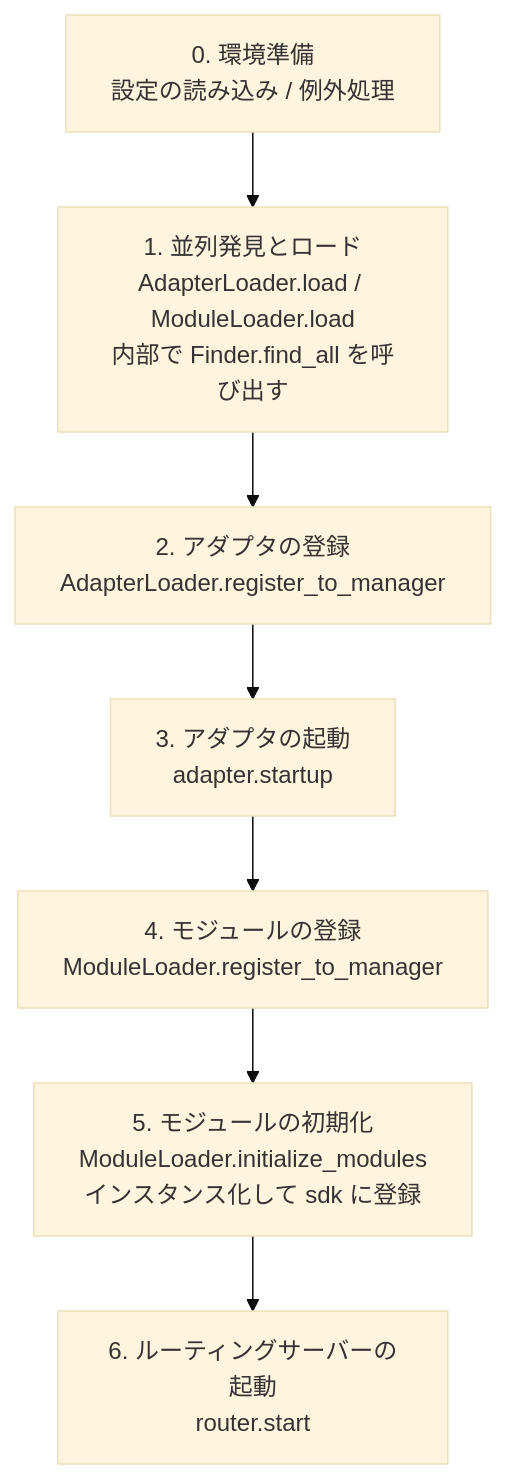
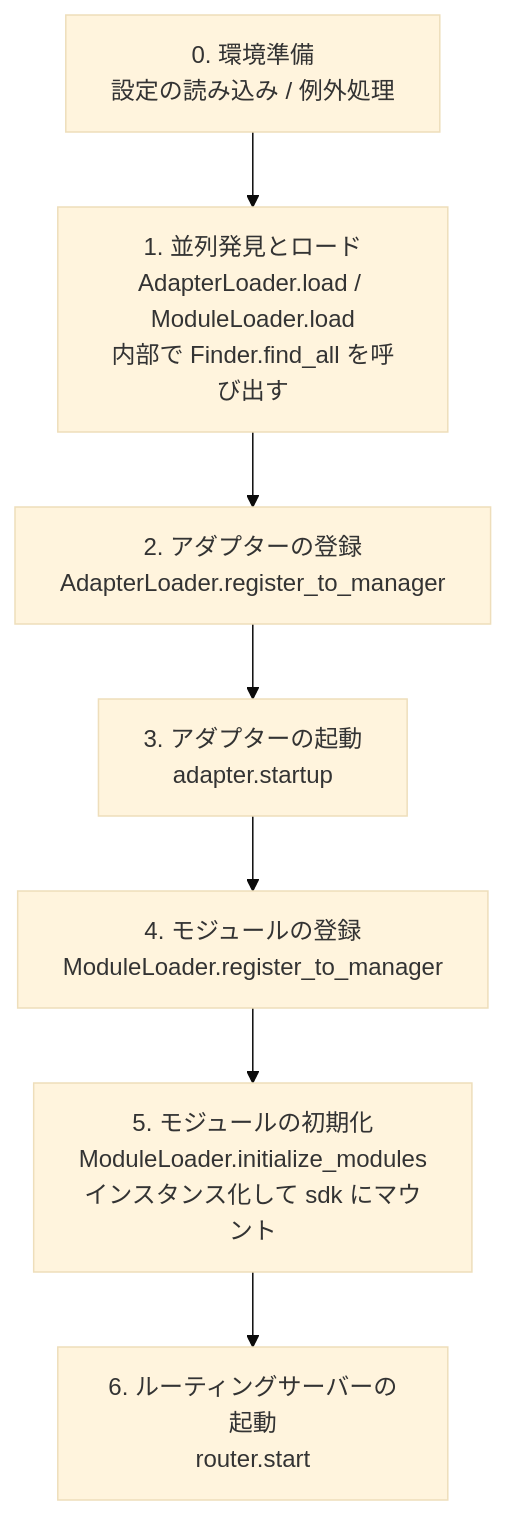
The diagram in docs/ja/advanced/startup.md (ErisPulse/ErisPulse), drawn with Mermaid (base theme) before and after one commit. The commit also changed other lines of this file and 85 other files, not shown here.

````diff
--- a/docs/ja/advanced/startup.md
+++ b/docs/ja/advanced/startup.md
@@ -30,10 +30,10 @@
 ```mermaid
 flowchart TD
     A[0. 環境準備<br/>設定の読み込み / 例外処理] --> B
     B[1. 並列発見とロード<br/>AdapterLoader.load / ModuleLoader.load<br/>内部で Finder.find_all を呼び出す] --> C
-    C[2. アダプタの登録<br/>AdapterLoader.register_to_manager] --> D
-    D[3. アダプタの起動<br/>adapter.startup] --> E
+    C[2. アダプターの登録<br/>AdapterLoader.register_to_manager] --> D
+    D[3. アダプターの起動<br/>adapter.startup] --> E
     E[4. モジュールの登録<br/>ModuleLoader.register_to_manager] --> F
-    F[5. モジュールの初期化<br/>ModuleLoader.initialize_modules<br/>インスタンス化して sdk に登録] --> G
+    F[5. モジュールの初期化<br/>ModuleLoader.initialize_modules<br/>インスタンス化して sdk にマウント] --> G
     G[6. ルーティングサーバーの起動<br/>router.start]
 ```
````
